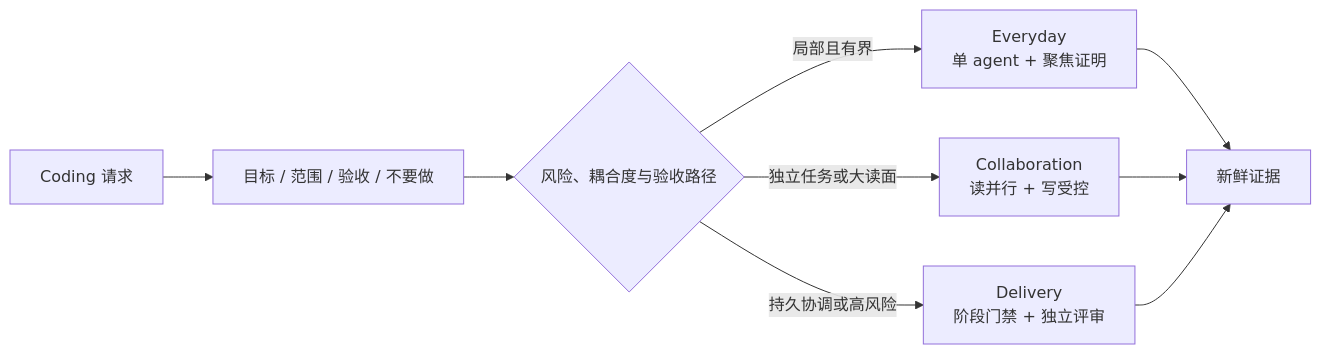
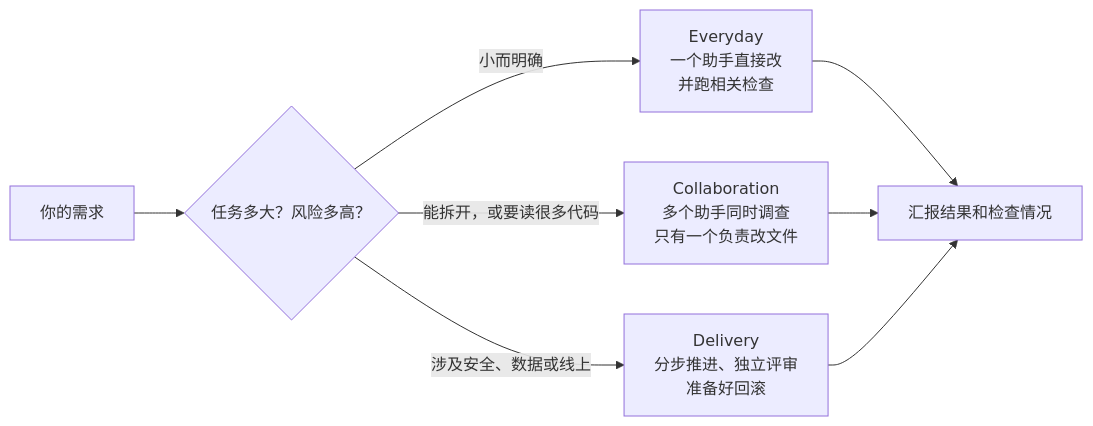
Before and after one commit to caredhieacid/jensenmo-happy_coding_everyday: the diagram in README.zh-CN.md, drawn with Mermaid. The commit also changed other lines of this file and 9 other files, not shown here.

````diff
--- a/README.zh-CN.md
+++ b/README.zh-CN.md
@@ -96,11 +183,10 @@
 ```mermaid
 flowchart LR
-    A["Coding 请求"] --> B["目标 / 范围 / 验收 / 不要做"]
-    B --> C{"风险、耦合度与验收路径"}
-    C -->|"局部且有界"| D["Everyday<br/>单 agent + 聚焦证明"]
-    C -->|"独立任务或大读面"| E["Collaboration<br/>读并行 + 写受控"]
-    C -->|"持久协调或高风险"| F["Delivery<br/>阶段门禁 + 独立评审"]
-    D --> G["新鲜证据"]
+    A["你的需求"] --> C{"任务多大？风险多高？"}
+    C -->|"小而明确"| D["Everyday<br/>一个助手直接改<br/>并跑相关检查"]
+    C -->|"能拆开，或要读很多代码"| E["Collaboration<br/>多个助手同时调查<br/>只有一个负责改文件"]
+    C -->|"涉及安全、数据或线上"| F["Delivery<br/>分步推进、独立评审<br/>准备好回滚"]
+    D --> G["汇报结果和检查情况"]
     E --> G
     F --> G
 ```
````
